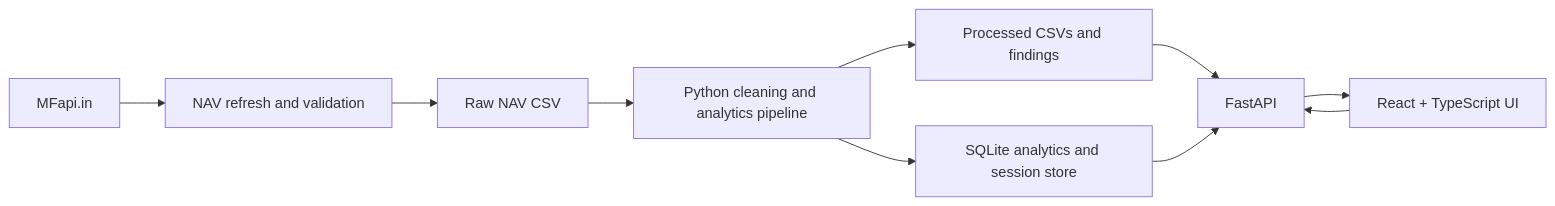
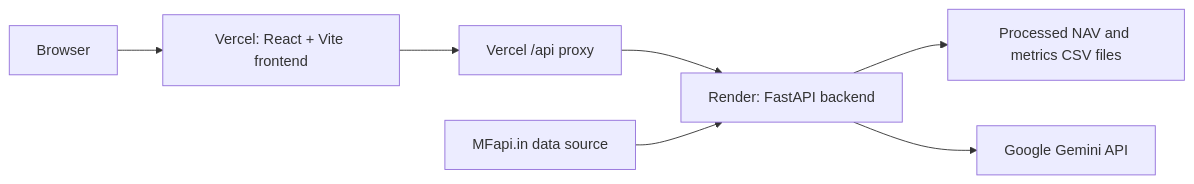
Before and after one commit to Keshav062004/FundScope-India: the diagram in README.md, drawn with Mermaid. The commit also changed other lines of this file and 2 other files, not shown here.

````diff
--- a/README.md
+++ b/README.md
@@ -101,12 +23,17 @@
 ```mermaid
 flowchart LR
-  Provider["MFapi.in"] --> Refresh["NAV refresh and validation"]
-  Refresh --> Raw["Raw NAV CSV"]
-  Raw --> Pipeline["Python cleaning and analytics pipeline"]
-  Pipeline --> Processed["Processed CSVs and findings"]
-  Pipeline --> SQLite["SQLite analytics and session store"]
-  Processed --> API["FastAPI"]
-  SQLite --> API
-  API --> UI["React + TypeScript UI"]
-  UI --> API
+  Browser["Browser"]
+  VercelUI["Vercel: React + Vite frontend"]
+  VercelProxy["Vercel /api proxy"]
+  Render["Render: FastAPI backend"]
+  Processed["Processed NAV and metrics CSV files"]
+  MFapi["MFapi.in data source"]
+  Gemini["Google Gemini API"]
+
+  Browser --> VercelUI
+  VercelUI --> VercelProxy
+  VercelProxy --> Render
+  Render --> Processed
+  Render --> Gemini
+  MFapi --> Render
 ```
````
